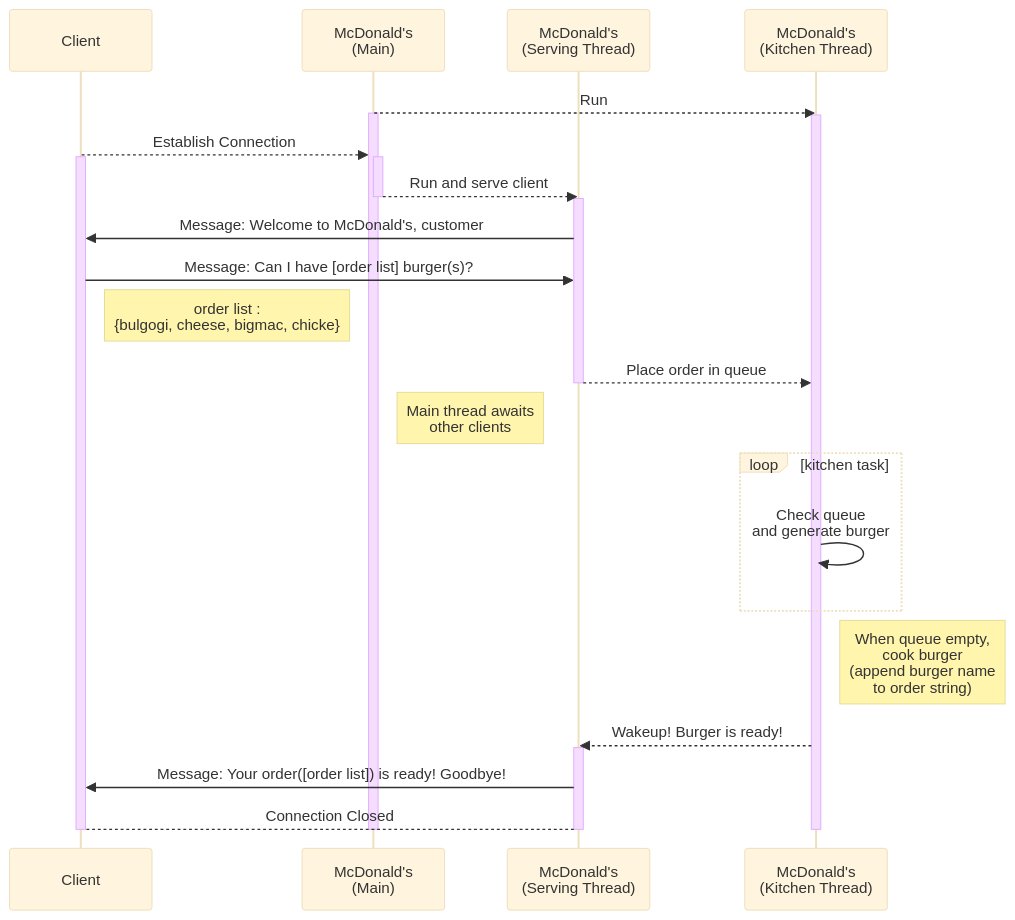
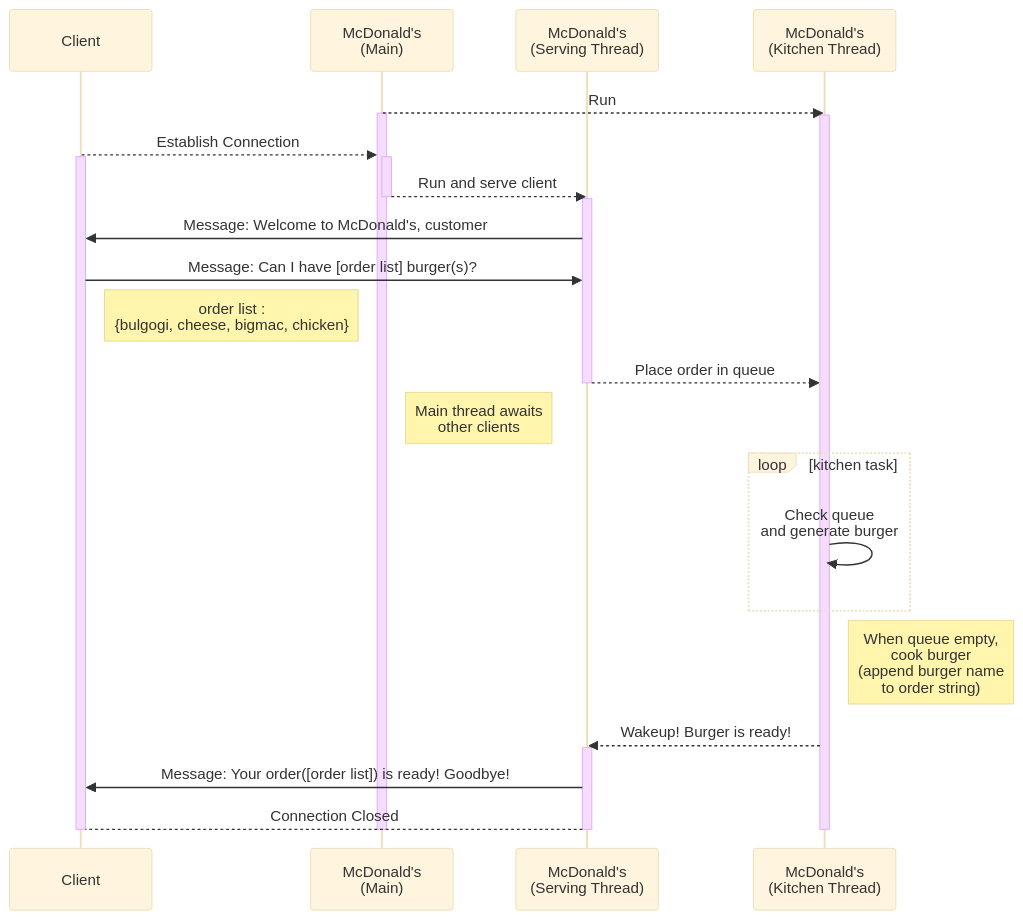
The diagram in README.md (SNU-ARC/2024_spring_sysprog_Lab5), drawn with Mermaid (base theme) before and after one commit.

````diff
--- a/README.md
+++ b/README.md
@@ -170,34 +170,34 @@
 ```mermaid
 sequenceDiagram
     participant C as Client
     participant M as McDonald's<br>(Main)
     participant S as McDonald's<br>(Serving Thread)
     participant K as McDonald's<br>(Kitchen Thread)
     M-->>K: Run
     Activate M
     Activate K
     C-->>M: Establish Connection
     Activate M
     Activate C
     M-->>S: Run and serve client
     Activate S
     Deactivate M
     S->>C: Message: Welcome to McDonald's, customer #xx
     C->>S: Message: Can I have [order list] burger(s)?             
-    Note right of C : order list :<br> {bulgogi, cheese, bigmac, chicke}
+    Note right of C : order list :<br> {bulgogi, cheese, bigmac, chicken}
     S-->>K: Place order in queue
     Deactivate S
     Note right of M: Main thread awaits<br>other clients
     loop kitchen task
       K->>K: Check queue <br> and generate burger
     end
     Note right of K: When queue empty,<br>cook burger<br>(append burger name<br>to order string)
     K-->>S: Wakeup! Burger is ready!
     Activate S
     S->>C: Message: Your order([order list]) is ready! Goodbye!        
     S-->C: Connection Closed
     Deactivate C
     Deactivate K
     Deactivate S
     Deactivate M
 ```
````
